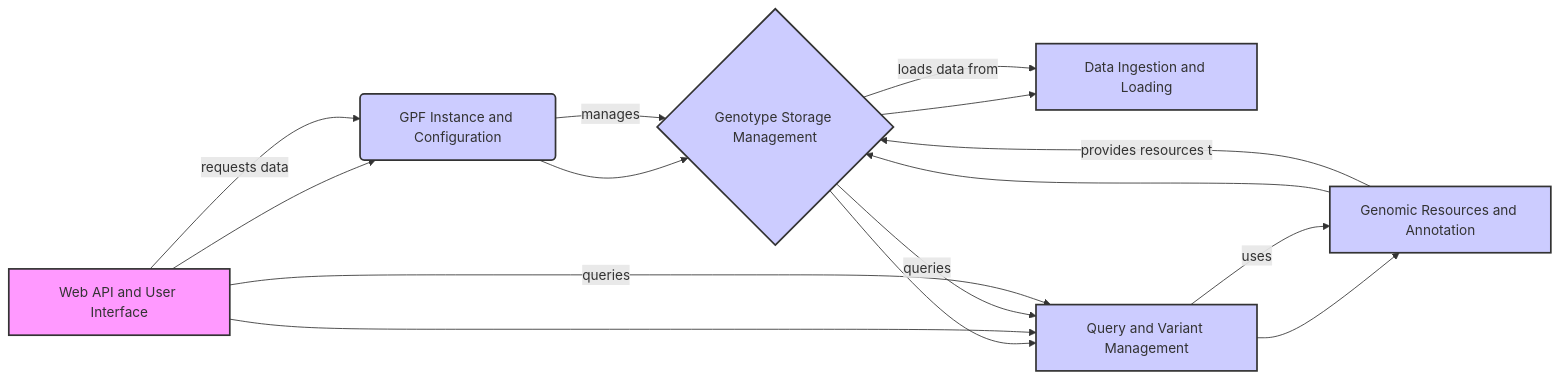
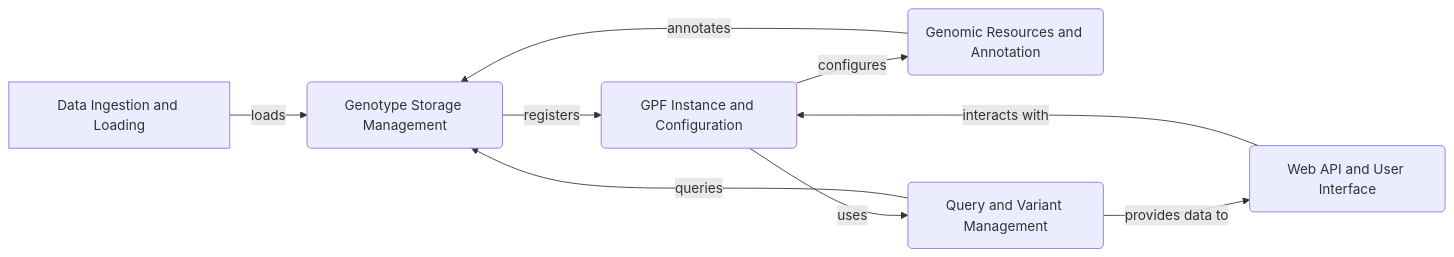
One commit to CodeBoarding/GeneratedOnBoardings changed the diagram in gpf/on_boarding.md. Above: the diagram before and after it, drawn with Mermaid. The commit also changed other lines of this file, not shown here.

Commit message:
Uploading onboarding materials for gpf

````diff
--- a/gpf/on_boarding.md
+++ b/gpf/on_boarding.md
@@ -9,23 +9,11 @@
 ```mermaid
 graph LR
-    A[Web API and User Interface] --> B(GPF Instance and Configuration)
-    B --> C{Genotype Storage Management}
-    C --> D[Data Ingestion and Loading]
-    C --> E[Query and Variant Management]
-    E --> F[Genomic Resources and Annotation]
-    F --> C
-    A --> E
-    style A fill:#f9f,stroke:#333,stroke-width:2px
-    style B fill:#ccf,stroke:#333,stroke-width:2px
-    style C fill:#ccf,stroke:#333,stroke-width:2px
-    style D fill:#ccf,stroke:#333,stroke-width:2px
-    style E fill:#ccf,stroke:#333,stroke-width:2px
-    style F fill:#ccf,stroke:#333,stroke-width:2px
-    A--requests data-->B
-    B--manages-->C
-    C--loads data from-->D
-    C--queries-->E
-    E--uses-->F
-    F--provides resources to-->C
-    A--queries-->E
+    A[Data Ingestion and Loading] -- loads --> B(Genotype Storage Management)
+    B -- registers --> C(GPF Instance and Configuration)
+    C -- configures --> D(Genomic Resources and Annotation)
+    C -- uses --> E(Query and Variant Management)
+    D -- annotates --> B
+    E -- queries --> B
+    E -- provides data to --> F(Web API and User Interface)
+    F -- interacts with --> C
 ```
````
